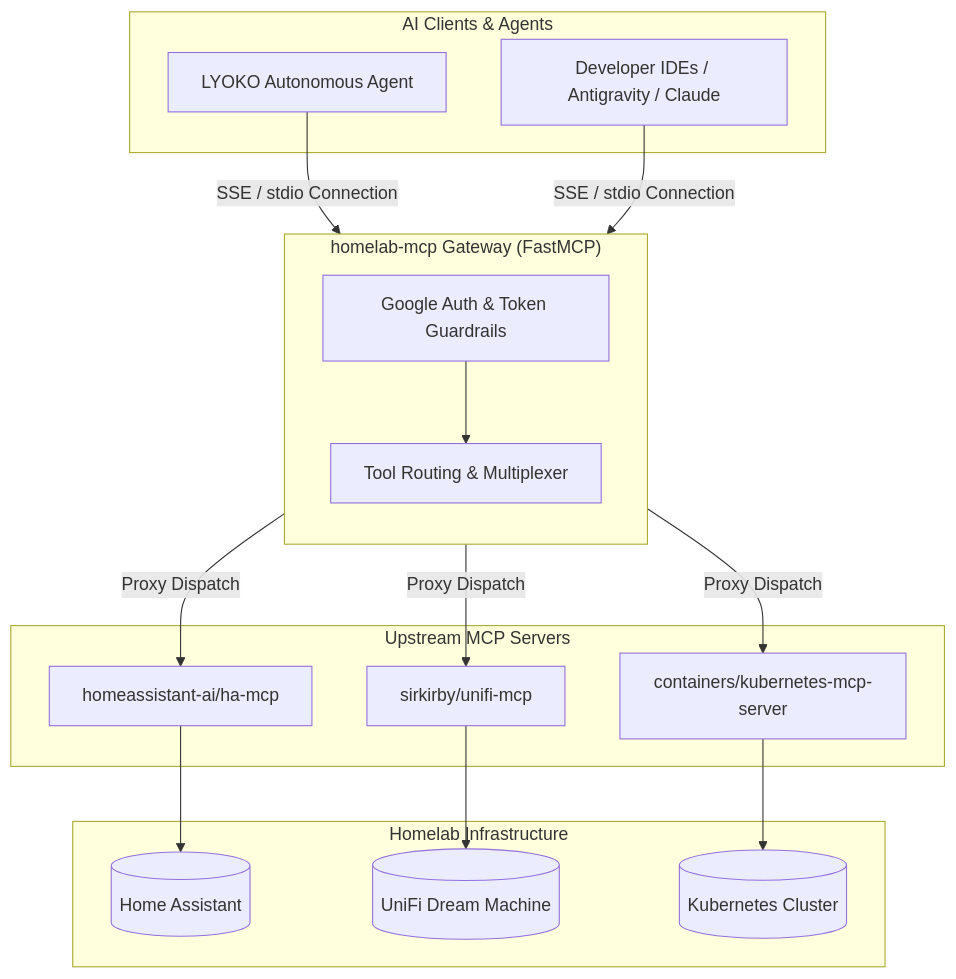
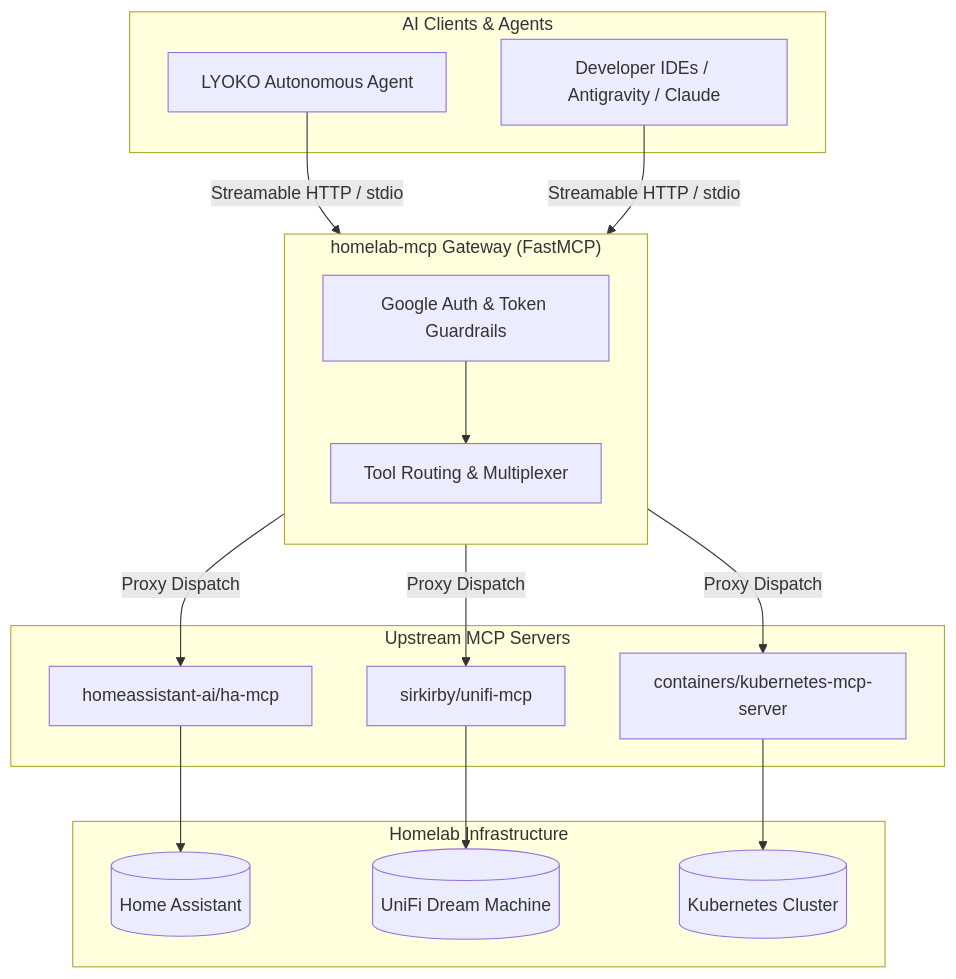
The diagram in README.md (csp33/homelab-ai-ops), drawn with Mermaid before and after one commit. The commit also changed 1 other file, not shown here.

Commit message:
docs: replace residual SSE references with Streamable HTTP

````diff
--- a/README.md
+++ b/README.md
@@ -14,31 +14,31 @@
 ```mermaid
 flowchart TD
     subgraph Clients ["AI Clients & Agents"]
         A1[LYOKO Autonomous Agent]
         A2[Developer IDEs / Antigravity / Claude]
     end
 
     subgraph MCP_Gateway ["homelab-mcp Gateway (FastMCP)"]
         direction TB
         B1[Google Auth & Token Guardrails]
         B2[Tool Routing & Multiplexer]
         B1 --> B2
     end
 
     subgraph Upstream_MCPs ["Upstream MCP Servers"]
         C1[homeassistant-ai/ha-mcp]
         C2[sirkirby/unifi-mcp]
         C3[containers/kubernetes-mcp-server]
     end
 
     subgraph Infrastructure ["Homelab Infrastructure"]
         D1[(Home Assistant)]
         D2[(UniFi Dream Machine)]
         D3[(Kubernetes Cluster)]
     end
 
-    A1 & A2 -->|SSE / stdio Connection| B1
+    A1 & A2 -->|Streamable HTTP / stdio| B1
     B2 -->|Proxy Dispatch| C1 --> D1
     B2 -->|Proxy Dispatch| C2 --> D2
     B2 -->|Proxy Dispatch| C3 --> D3
 ```
````
